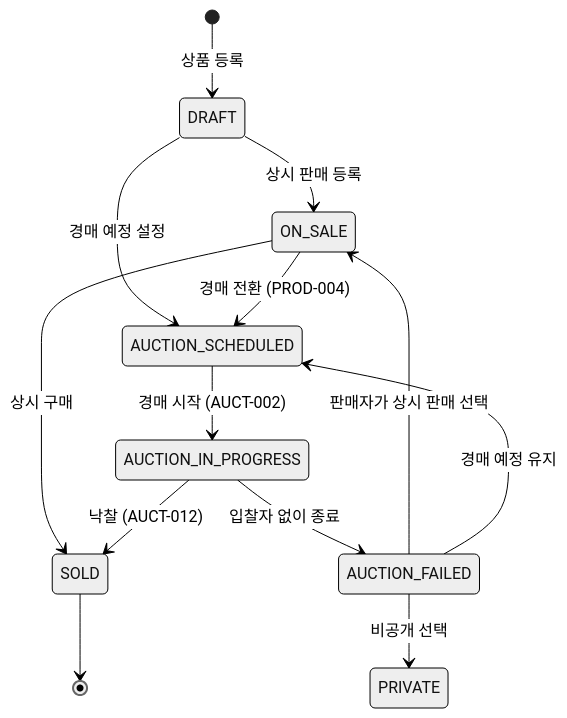
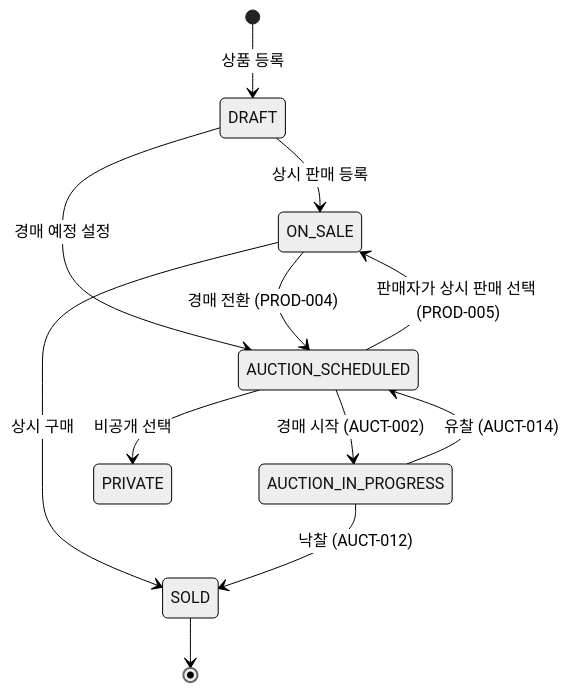
One commit to Team-vintib/Vintib-AI changed the third of 3 diagrams in BE/docs/db/erd.md. Above: the diagram before and after it, drawn with Mermaid (neutral theme). The commit also changed other lines of this file and 8 other files, not shown here.

First line of the commit message:
[S15P11A108-470] refactor: AUCTION_FAILED 상품 상태 제거

````diff
--- a/BE/docs/db/erd.md
+++ b/BE/docs/db/erd.md
@@ -125,15 +125,14 @@
 ```mermaid
 stateDiagram-v2
     [*] --> DRAFT : 상품 등록
     DRAFT --> ON_SALE : 상시 판매 등록
     DRAFT --> AUCTION_SCHEDULED : 경매 예정 설정
     ON_SALE --> AUCTION_SCHEDULED : 경매 전환 (PROD-004)
     AUCTION_SCHEDULED --> AUCTION_IN_PROGRESS : 경매 시작 (AUCT-002)
     ON_SALE --> SOLD : 상시 구매
     AUCTION_IN_PROGRESS --> SOLD : 낙찰 (AUCT-012)
-    AUCTION_IN_PROGRESS --> AUCTION_FAILED : 입찰자 없이 종료
-    AUCTION_FAILED --> ON_SALE : 판매자가 상시 판매 선택
-    AUCTION_FAILED --> AUCTION_SCHEDULED : 경매 예정 유지
-    AUCTION_FAILED --> PRIVATE : 비공개 선택
+    AUCTION_IN_PROGRESS --> AUCTION_SCHEDULED : 유찰 (AUCT-014)
+    AUCTION_SCHEDULED --> ON_SALE : 판매자가 상시 판매 선택 (PROD-005)
+    AUCTION_SCHEDULED --> PRIVATE : 비공개 선택
     SOLD --> [*]
 ```
````
